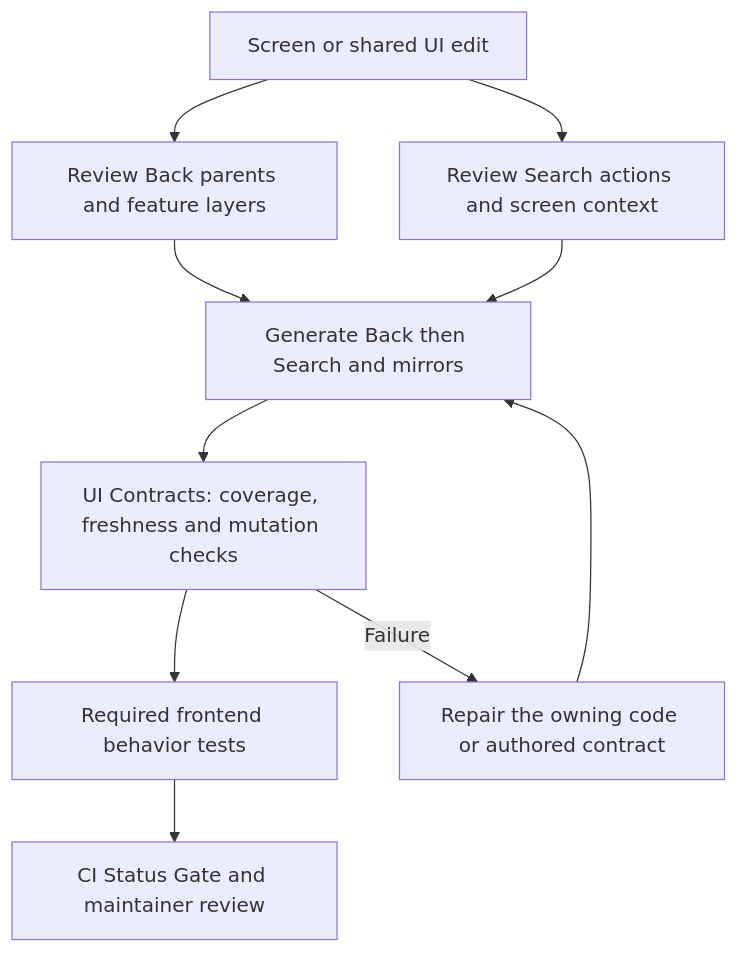
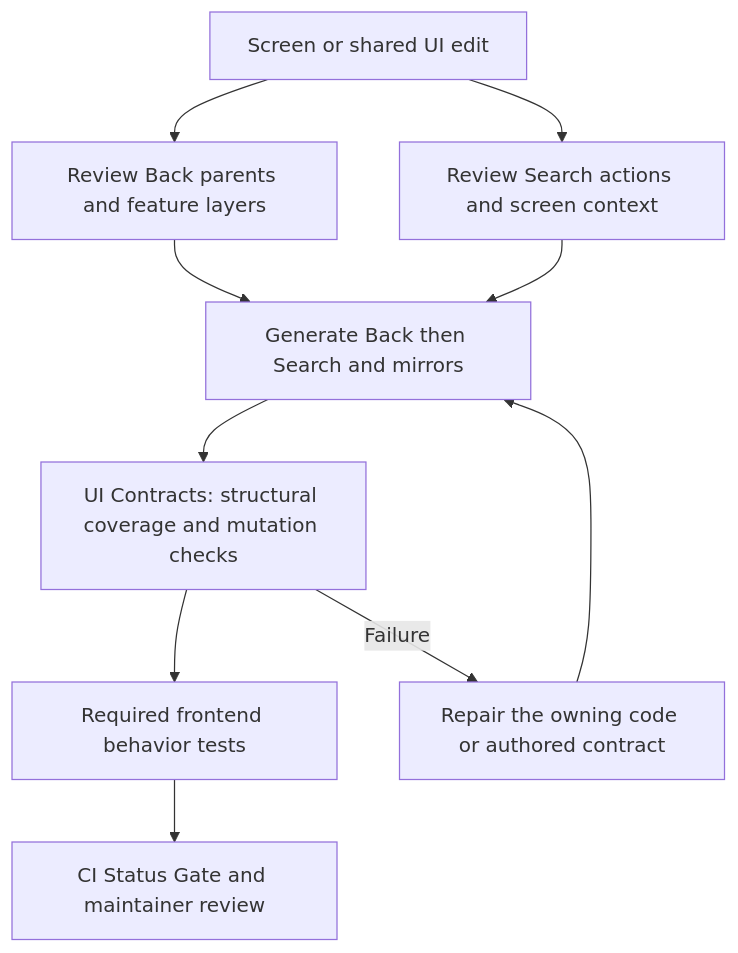
One commit to hushh-labs/hushh-research changed the diagram in docs/reference/architecture/ui-contract-contributor-guide.md. Above: the diagram before and after it, drawn with Mermaid. The commit also changed other lines of this file and 9 other files, not shown here.

````diff
--- a/docs/reference/architecture/ui-contract-contributor-guide.md
+++ b/docs/reference/architecture/ui-contract-contributor-guide.md
@@ -9,12 +9,12 @@
 ```mermaid
 flowchart TD
   edit[Screen or shared UI edit] --> back[Review Back parents and feature layers]
   edit --> search[Review Search actions and screen context]
   back --> generate[Generate Back then Search and mirrors]
   search --> generate
-  generate --> fast[UI Contracts: coverage, freshness and mutation checks]
+  generate --> fast[UI Contracts: structural coverage and mutation checks]
   fast --> behavior[Required frontend behavior tests]
   fast -->|Failure| repair[Repair the owning code or authored contract]
   repair --> generate
   behavior --> gate[CI Status Gate and maintainer review]
 ```
````
